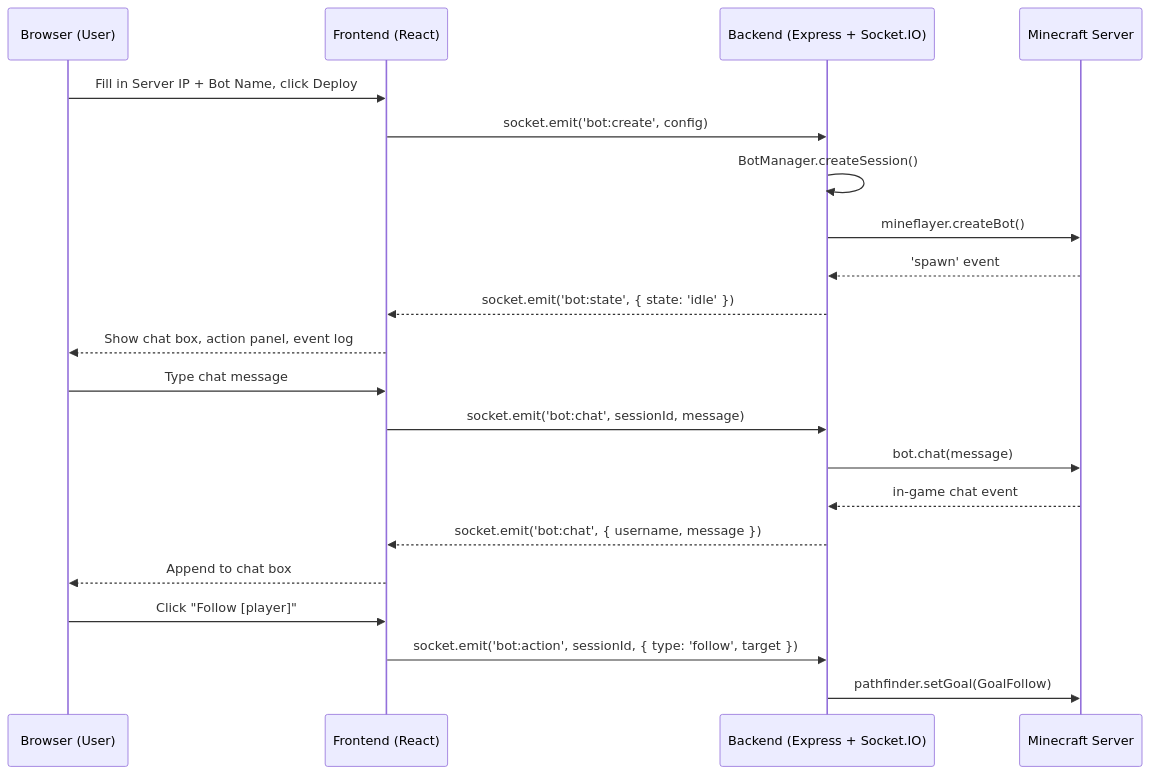
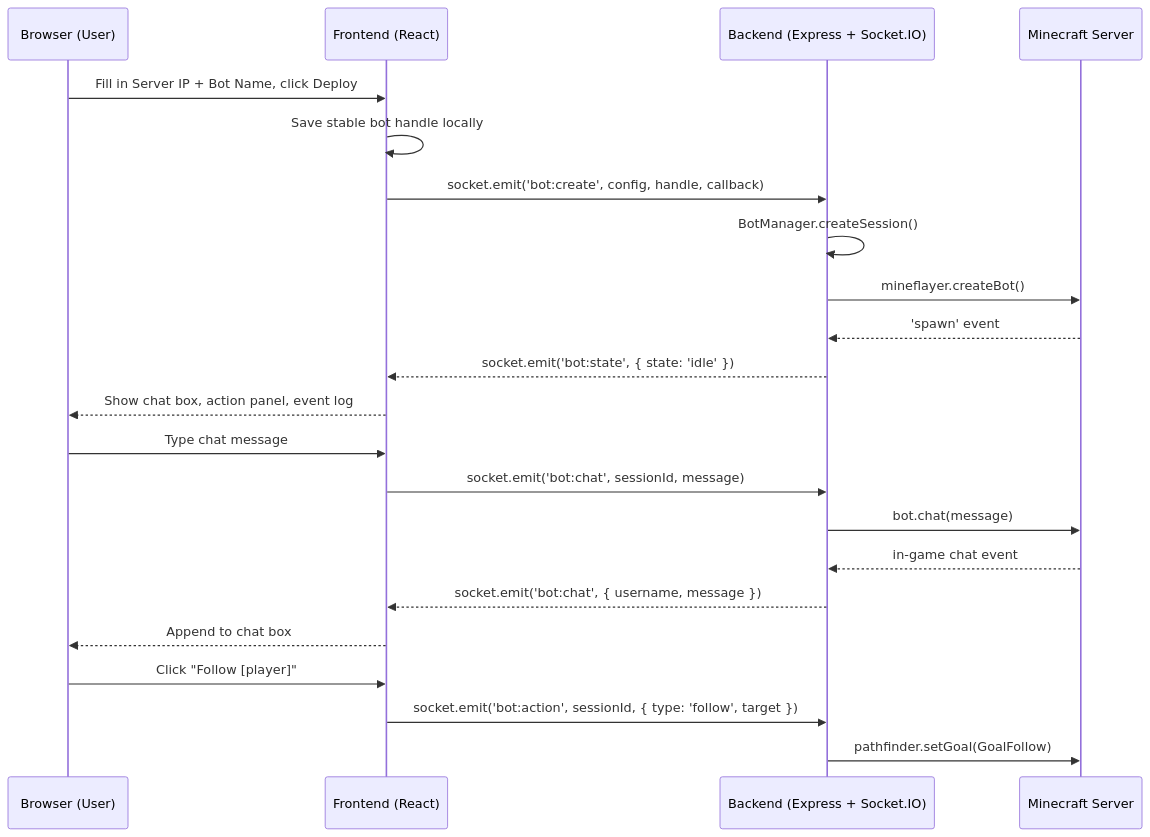
Before and after one commit to zhaungsont/Kanabot: the diagram in README.md, drawn with Mermaid. The commit also changed other lines of this file and 22 other files, not shown here.

````diff
--- a/README.md
+++ b/README.md
@@ -57,27 +57,28 @@
 ```mermaid
 sequenceDiagram
     participant U as Browser (User)
     participant F as Frontend (React)
     participant B as Backend (Express + Socket.IO)
     participant MC as Minecraft Server
 
     U->>F: Fill in Server IP + Bot Name, click Deploy
-    F->>B: socket.emit('bot:create', config)
+    F->>F: Save stable bot handle locally
+    F->>B: socket.emit('bot:create', config, handle, callback)
     B->>B: BotManager.createSession()
     B->>MC: mineflayer.createBot()
     MC-->>B: 'spawn' event
     B-->>F: socket.emit('bot:state', { state: 'idle' })
     F-->>U: Show chat box, action panel, event log
 
     U->>F: Type chat message
     F->>B: socket.emit('bot:chat', sessionId, message)
     B->>MC: bot.chat(message)
 
     MC-->>B: in-game chat event
     B-->>F: socket.emit('bot:chat', { username, message })
     F-->>U: Append to chat box
 
     U->>F: Click "Follow [player]"
     F->>B: socket.emit('bot:action', sessionId, { type: 'follow', target })
     B->>MC: pathfinder.setGoal(GoalFollow)
 ```
````
